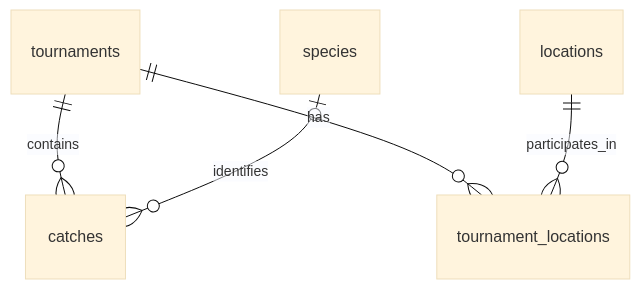
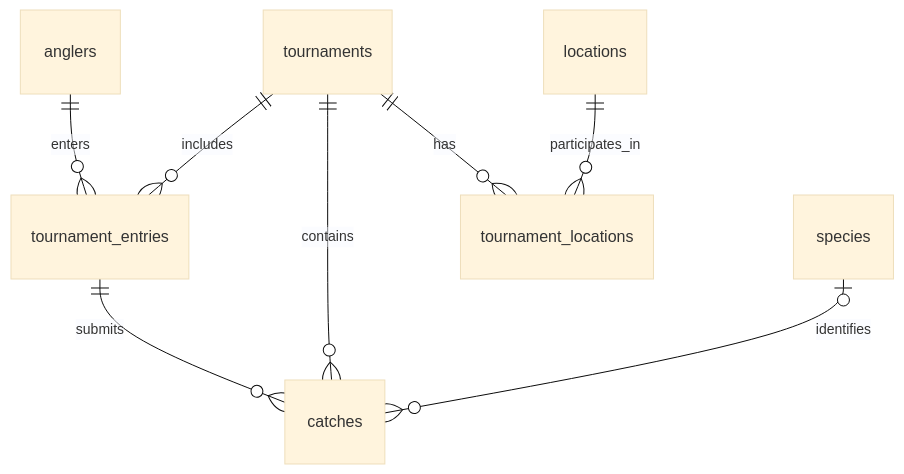
One commit to aGurysh/tourneyData changed the diagram in DB_SCHEMA.md. Above: the diagram before and after it, drawn with Mermaid (base theme). The commit also changed other lines of this file and 28 other files, not shown here.

````diff
--- a/DB_SCHEMA.md
+++ b/DB_SCHEMA.md
@@ -98,7 +111,10 @@
 ```mermaid
 erDiagram
+    anglers ||--o{ tournament_entries : enters
+    tournaments ||--o{ tournament_entries : includes
+    tournament_entries ||--o{ catches : submits
     tournaments ||--o{ catches : contains
     species o|--o{ catches : identifies
     tournaments ||--o{ tournament_locations : has
     locations ||--o{ tournament_locations : participates_in
 ```
````
